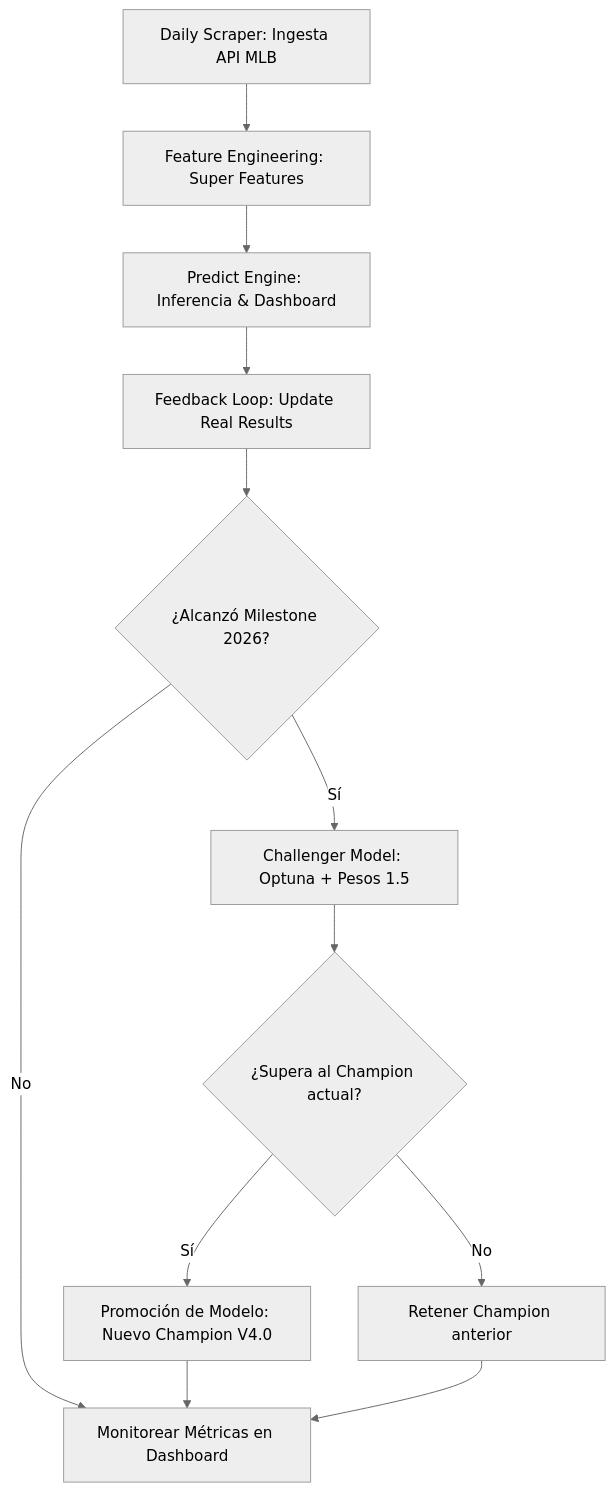
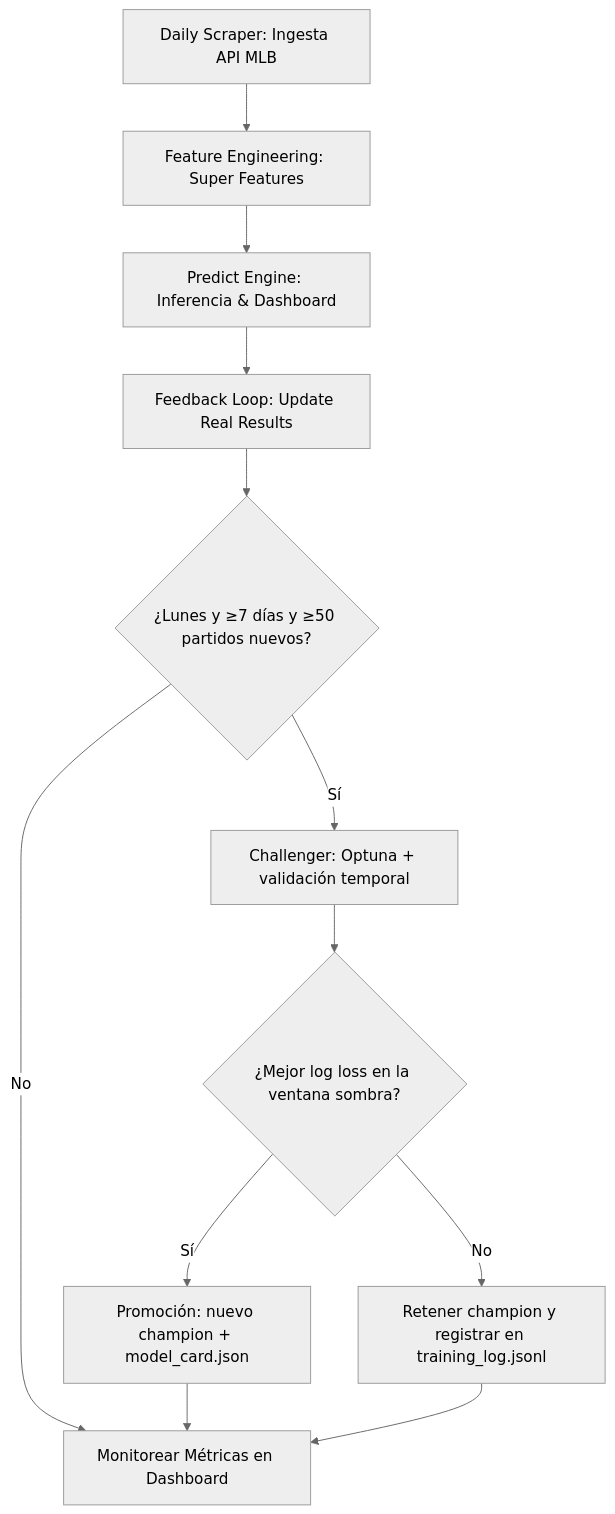
One commit to GaboLarrazabal13/MLB-GAME-PREDICTOR changed the diagram in README.md. Above: the diagram before and after it, drawn with Mermaid (neutral theme). The commit also changed other lines of this file, not shown here.

Commit message:
docs: describir el reentrenamiento champion/challenger y la ficha del modelo

````diff
--- a/README.md
+++ b/README.md
@@ -208,14 +215,14 @@
 ```mermaid
 graph TD
     A[Daily Scraper: Ingesta API MLB] --> B[Feature Engineering: Super Features]
     B --> C[Predict Engine: Inferencia & Dashboard]
     C --> D[Feedback Loop: Update Real Results]
-    D --> E{¿Alcanzó Milestone 2026?}
-    E -- Sí --> F[Challenger Model: Optuna + Pesos 1.5]
-    F --> G{¿Supera al Champion actual?}
-    G -- Sí --> H[Promoción de Modelo: Nuevo Champion V4.0]
-    G -- No --> I[Retener Champion anterior]
+    D --> E{¿Lunes y ≥7 días y ≥50 partidos nuevos?}
+    E -- Sí --> F[Challenger: Optuna + validación temporal]
+    F --> G{¿Mejor log loss en la ventana sombra?}
+    G -- Sí --> H[Promoción: nuevo champion + model_card.json]
+    G -- No --> I[Retener champion y registrar en training_log.jsonl]
     E -- No --> J[Monitorear Métricas en Dashboard]
     H --> J
     I --> J
 ```
````
